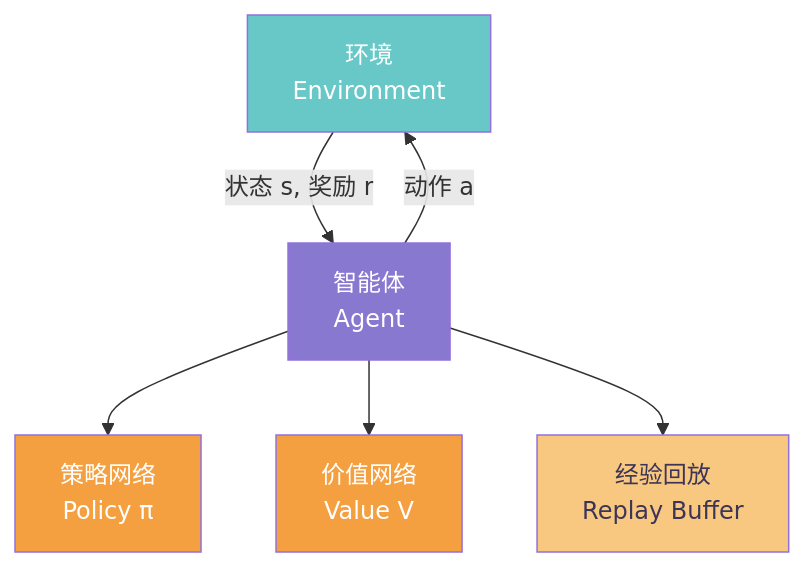
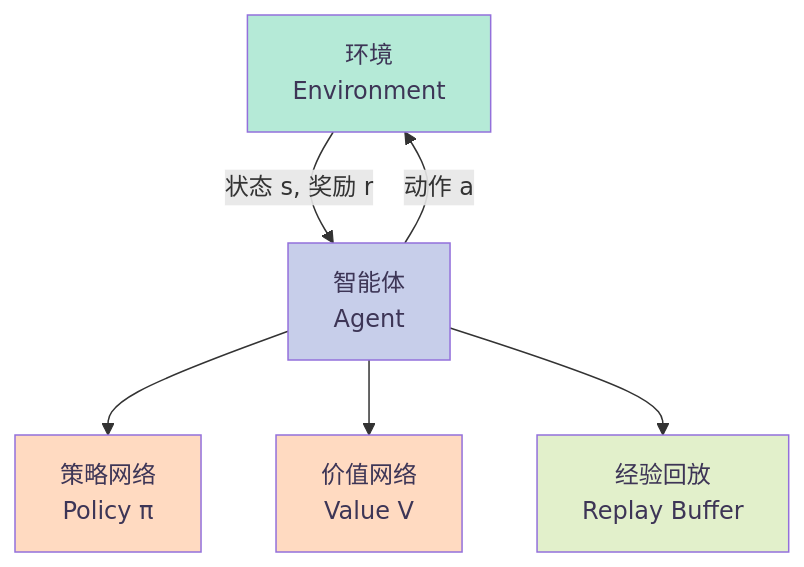
Before and after one commit to caoping0623/caoping0623.github.io: the fourth of 12 diagrams in _posts/2026-04-15-ai-agent.md, drawn with Mermaid. The commit also changed other lines of this file, not shown here.

First line of the commit message:
style: update all mermaid diagram node colors to macaron (pastel) palette

```diff
--- a/_posts/2026-04-15-ai-agent.md
+++ b/_posts/2026-04-15-ai-agent.md
@@ -135,14 +135,14 @@
 <div class="mermaid">
 graph TB
     ENV[环境<br/>Environment] -->|状态 s, 奖励 r| AG[智能体<br/>Agent]
     AG -->|动作 a| ENV
     AG --> POL[策略网络<br/>Policy π]
     AG --> VAL[价值网络<br/>Value V]
     AG --> MEM[经验回放<br/>Replay Buffer]
 
-    style ENV fill:#68c8c8,color:#ffffff
-    style AG fill:#8878d0,color:#ffffff
-    style POL fill:#f5a040,color:#ffffff
-    style VAL fill:#f5a040,color:#ffffff
-    style MEM fill:#f8c880,color:#3d3556
+    style ENV fill:#b5ead7,color:#3d3556
+    style AG fill:#c7ceea,color:#3d3556
+    style POL fill:#ffdac1,color:#3d3556
+    style VAL fill:#ffdac1,color:#3d3556
+    style MEM fill:#e2f0cb,color:#3d3556
 </div>
```
